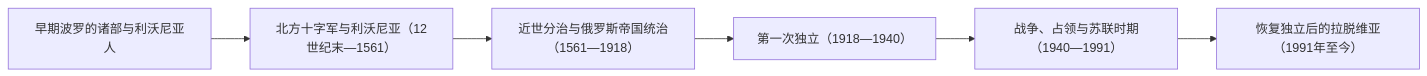
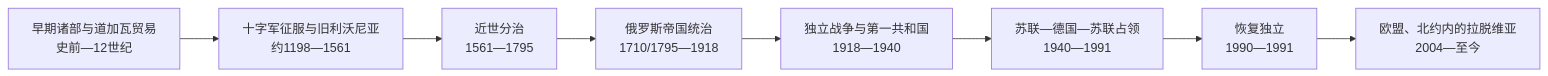
One commit to tianlan-dev/learning-notes changed the diagram in 人文科学/历史/欧洲/波罗的海/拉脱维亚/README.md. Above: the diagram before and after it, drawn with Mermaid. The commit also changed other lines of this file and 1417 other files, not shown here.

````diff
--- a/人文科学/历史/欧洲/波罗的海/拉脱维亚/README.md
+++ b/人文科学/历史/欧洲/波罗的海/拉脱维亚/README.md
@@ -13,8 +9,10 @@
 ```mermaid
 flowchart LR
-    Early["早期波罗的诸部与利沃尼亚人"] --> Livonian["北方十字军与利沃尼亚（12世纪末—1561）"]
-    Livonian --> Empires["近世分治与俄罗斯帝国统治（1561—1918）"]
-    Empires --> FirstRepublic["第一次独立（1918—1940）"]
-    FirstRepublic --> Occupations["战争、占领与苏联时期（1940—1991）"]
-    Occupations --> Restored["恢复独立后的拉脱维亚（1991年至今）"]
+    A["早期诸部与道加瓦贸易<br/>史前—12世纪"] --> B["十字军征服与旧利沃尼亚<br/>约1198—1561"]
+    B --> C["近世分治<br/>1561—1795"]
+    C --> D["俄罗斯帝国统治<br/>1710/1795—1918"]
+    D --> E["独立战争与第一共和国<br/>1918—1940"]
+    E --> F["苏联—德国—苏联占领<br/>1940—1991"]
+    F --> G["恢复独立<br/>1990—1991"]
+    G --> H["欧盟、北约内的拉脱维亚<br/>2004—至今"]
 ```
````
